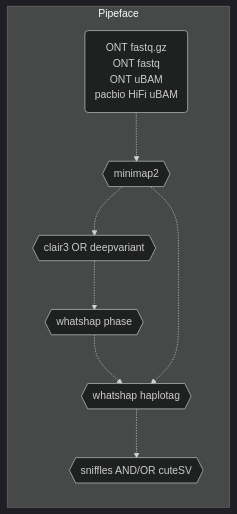
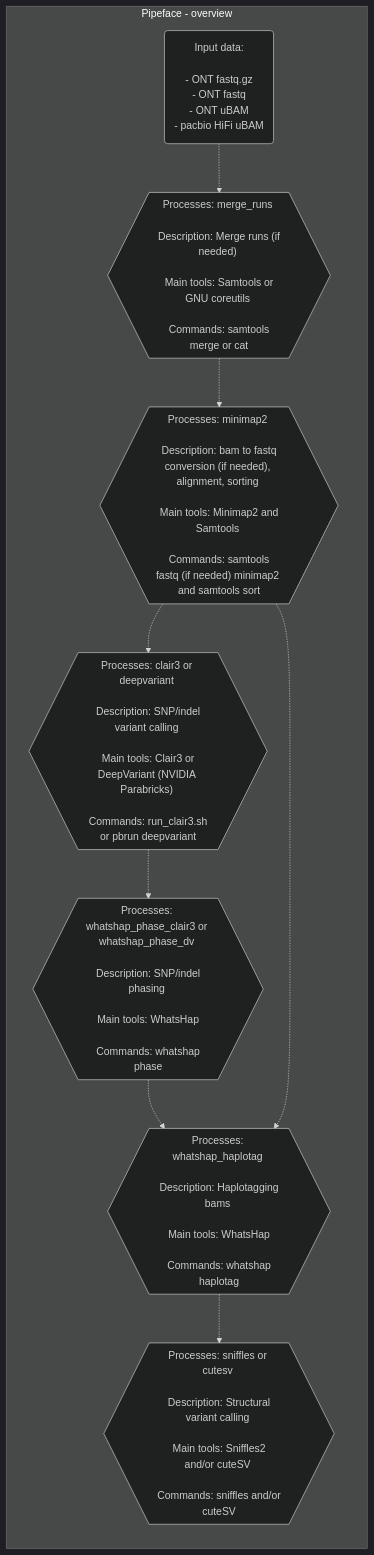
Before and after one commit to leahkemp/pipeface: the first of 2 diagrams in README.md, drawn with Mermaid. The commit also changed other lines of this file, not shown here.

Commit message:
I got excited about mermaid diagrams

````diff
--- a/README.md
+++ b/README.md
@@ -16,19 +16,20 @@
 ```mermaid
 %%{init: {'theme':'dark'}}%%
 flowchart LR
 
-subgraph "Pipeface"
+subgraph "Pipeface - overview"
 
-input_data("ONT fastq.gz \n ONT fastq \n ONT uBAM \n pacbio HiFi uBAM")
-minimap2{{"minimap2"}}
-snp_indel_caller{{"clair3 OR deepvariant"}}
-whatshap_phase{{"whatshap phase"}}
-whatshap_haplotag{{"whatshap haplotag"}}
-sv_caller{{"sniffles AND/OR cuteSV"}}
+input_data("Input data: \n\n - ONT fastq.gz \n - ONT fastq \n - ONT uBAM \n - pacbio HiFi uBAM")
+merging{{"Processes: merge_runs \n\n Description: Merge runs (if needed) \n\n Main tools: Samtools or GNU coreutils \n\n Commands: samtools merge or cat"}}
+alignment{{"Processes: minimap2 \n\n Description: bam to fastq conversion (if needed), alignment, sorting \n\n Main tools: Minimap2 and Samtools \n\n Commands: samtools fastq (if needed) minimap2 and samtools sort"}}
+snp_indel_calling{{"Processes: clair3 or deepvariant \n\n Description: SNP/indel variant calling \n\n Main tools: Clair3 or DeepVariant (NVIDIA Parabricks) \n\n Commands: run_clair3.sh or pbrun deepvariant"}}
+snp_indel_phasing{{"Processes: whatshap_phase_clair3 or whatshap_phase_dv \n\n Description: SNP/indel phasing \n\n Main tools: WhatsHap \n\n Commands: whatshap phase"}}
+haplotagging{{"Processes: whatshap_haplotag \n\n Description: Haplotagging bams \n\n Main tools: WhatsHap \n\n Commands: whatshap haplotag"}}
+sv_calling{{"Processes: sniffles or cutesv \n\n Description: Structural variant calling \n\n Main tools: Sniffles2 and/or cuteSV \n\n Commands: sniffles and/or cuteSV"}}
 
-input_data-.->minimap2-.->snp_indel_caller-.->whatshap_phase-.->whatshap_haplotag-.->sv_caller
-minimap2-.->whatshap_haplotag
+input_data-.->merging-.->alignment-.->snp_indel_calling-.->snp_indel_phasing-.->haplotagging-.->sv_calling
+alignment-.->haplotagging
 
 end
 
 ```
````
